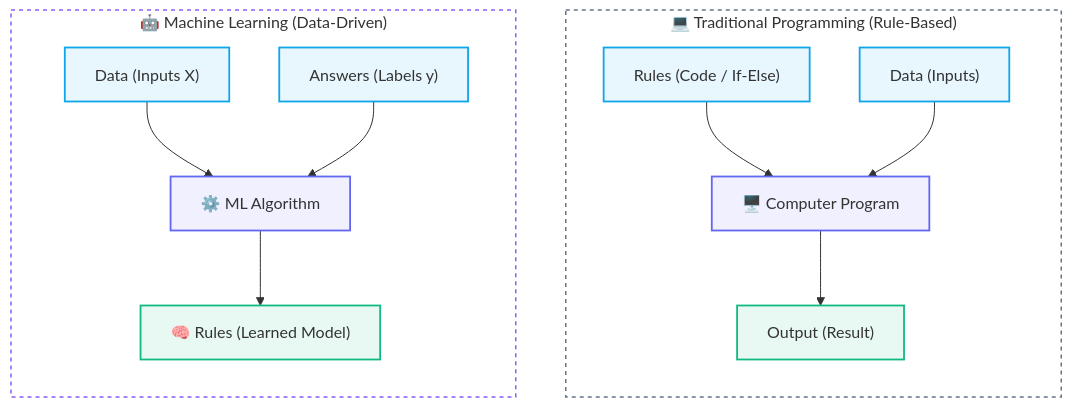
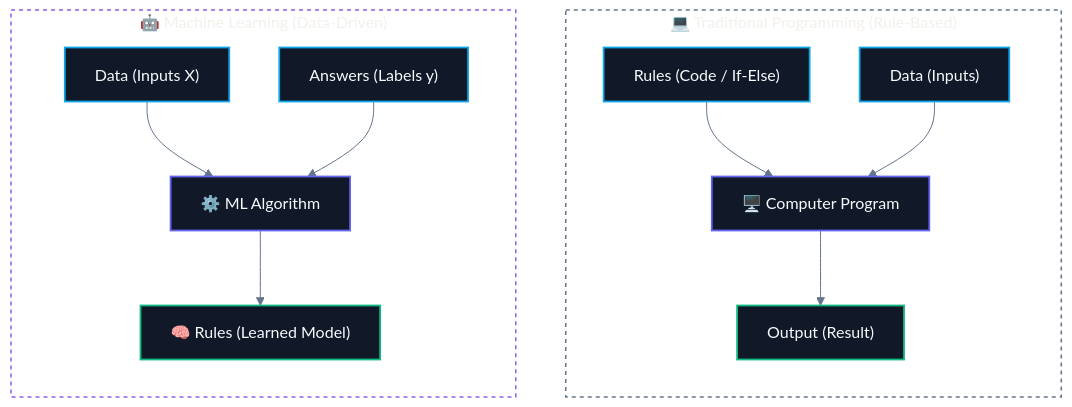
Before and after one commit to abhinavbharti2345/CS_Notes: the third of 3 diagrams in CS/AI & ML/01. Classical ML/01. Introduction to Machine Learning.md, drawn with Mermaid. The commit also changed other lines of this file and 195 other files, not shown here.

````diff
--- a/CS/AI & ML/01. Classical ML/01. Introduction to Machine Learning.md
+++ b/CS/AI & ML/01. Classical ML/01. Introduction to Machine Learning.md
@@ -127,23 +129,24 @@
 ```mermaid
+%%{init: {'theme': 'base', 'themeVariables': { 'darkMode': true, 'background': '#0B0F14', 'mainBkg': '#111827', 'primaryColor': '#111827', 'primaryTextColor': '#F8FAFC', 'primaryBorderColor': '#38BDF8', 'lineColor': '#64748B', 'secondaryColor': '#0B0F14', 'tertiaryColor': '#0B0F14', 'clusterBkg': '#0B0F14', 'clusterBorder': '#38BDF8' }}}%%
 flowchart TD
     subgraph Traditional["💻 Traditional Programming (Rule-Based)"]
         direction TD
         Rules["Rules (Code / If-Else)"] & Data1["Data (Inputs)"] --> Program["🖥️ Computer Program"] --> Output["Output (Result)"]
     end
 
     subgraph ML["🤖 Machine Learning (Data-Driven)"]
         direction TD
         Data2["Data (Inputs X)"] & Answers["Answers (Labels y)"] --> Algo["⚙️ ML Algorithm"] --> ModelOut["🧠 Rules (Learned Model)"]
     end
 
     style Traditional fill:none,stroke:#64748b,stroke-width:1.5px,stroke-dasharray:4 4
     style ML fill:none,stroke:#8b5cf6,stroke-width:1.5px,stroke-dasharray:4 4
 
-    classDef inputNode fill:#0ea5e918,stroke:#0ea5e9,stroke-width:1.8px;
-    classDef procNode fill:#6366f118,stroke:#6366f1,stroke-width:1.8px;
-    classDef outNode fill:#10b98118,stroke:#10b981,stroke-width:1.8px;
+    classDef inputNode fill:#111827,stroke:#0ea5e9,stroke-width:1.8px,color:#F8FAFC;
+    classDef procNode fill:#111827,stroke:#6366f1,stroke-width:1.8px,color:#F8FAFC;
+    classDef outNode fill:#111827,stroke:#10b981,stroke-width:1.8px,color:#F8FAFC;
 
     class Rules,Data1,Data2,Answers inputNode;
     class Program,Algo procNode;
     class Output,ModelOut outNode;
 ```
````
